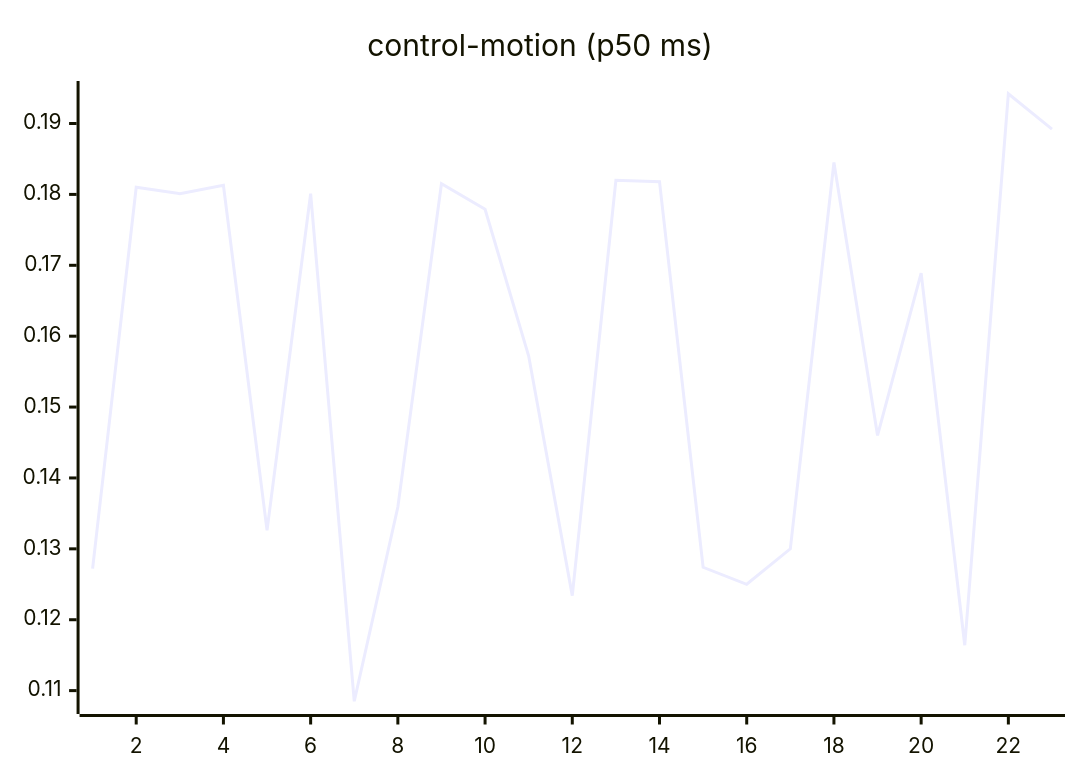
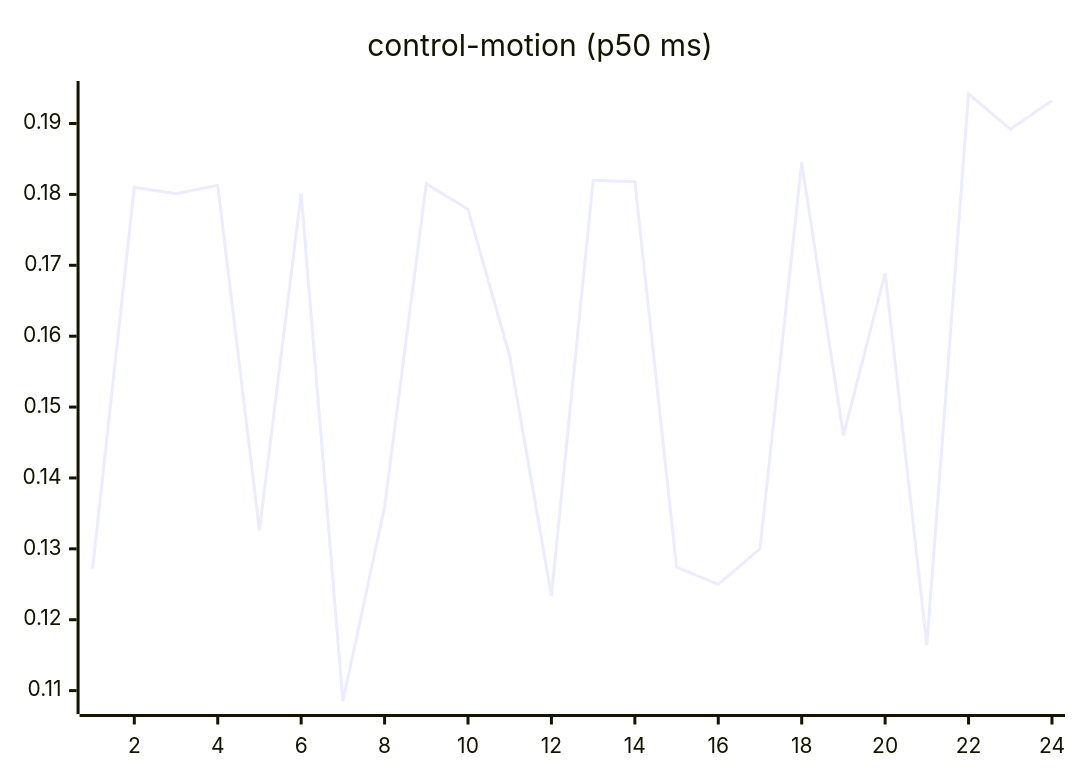
Before and after one commit to josha/Facet: the seventh of 27 diagrams in README.md, drawn with Mermaid. The commit also changed other lines of this file and 2 other files, not shown here.

````diff
--- a/README.md
+++ b/README.md
@@ -105,6 +105,6 @@
 ```mermaid
 xychart-beta
     title "control-motion (p50 ms)"
-    x-axis 1 --> 23
-    line [0.1272, 0.1810, 0.1801, 0.1813, 0.1326, 0.1801, 0.1085, 0.1359, 0.1815, 0.1779, 0.1572, 0.1234, 0.1820, 0.1818, 0.1274, 0.1250, 0.1300, 0.1845, 0.1460, 0.1689, 0.1164, 0.1942, 0.1892]
+    x-axis 1 --> 24
+    line [0.1272, 0.1810, 0.1801, 0.1813, 0.1326, 0.1801, 0.1085, 0.1359, 0.1815, 0.1779, 0.1572, 0.1234, 0.1820, 0.1818, 0.1274, 0.1250, 0.1300, 0.1845, 0.1460, 0.1689, 0.1164, 0.1942, 0.1892, 0.1932]
 ```
````
